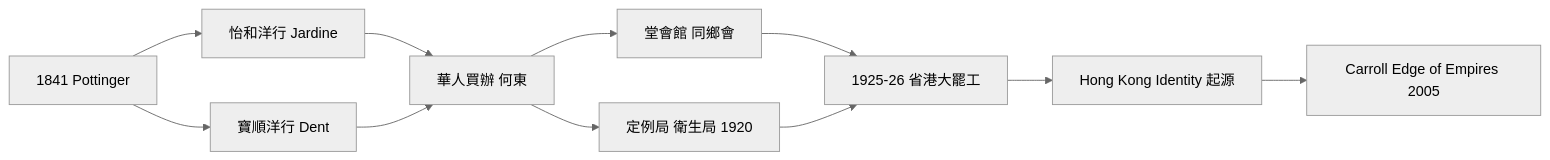
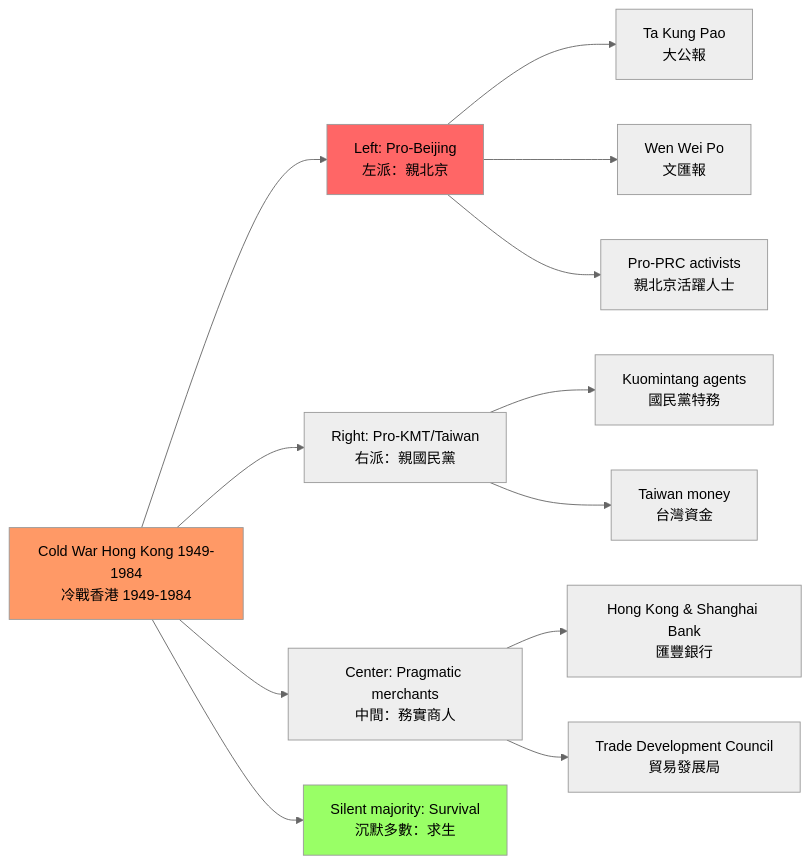
Before and after one commit to yip-lgtm/HKU-Harvard-History-Self-Study: the second of 5 diagrams in 01_HKU_Courses/HIST1017_Modern_Hong_Kong.md, drawn with Mermaid (neutral theme). The commit also changed other lines of this file and 25 other files, not shown here.

````diff
--- a/01_HKU_Courses/HIST1017_Modern_Hong_Kong.md
+++ b/01_HKU_Courses/HIST1017_Modern_Hong_Kong.md
@@ -237,13 +108,21 @@
 ```mermaid
 graph LR
-    A[1841 Pottinger] --> B[怡和洋行 Jardine]
-    A --> C[寶順洋行 Dent]
-    B --> D[華人買辦 何東]
-    C --> D
-    D --> E[堂會館 同鄉會]
-    D --> F[定例局 衛生局 1920]
-    E --> G[1925-26 省港大罷工]
-    F --> G
-    G --> H[Hong Kong Identity 起源]
-    H --> I[Carroll Edge of Empires 2005]
+    A[Cold War Hong Kong 1949-1984<br/>冷戰香港 1949-1984] --> B[Left: Pro-Beijing<br/>左派：親北京]
+    A --> C[Right: Pro-KMT/Taiwan<br/>右派：親國民黨]
+    A --> D[Center: Pragmatic merchants<br/>中間：務實商人]
+    A --> E[Silent majority: Survival<br/>沉默多數：求生]
+    
+    B --> B1[Ta Kung Pao<br/>大公報]
+    B --> B2[Wen Wei Po<br/>文匯報]
+    B --> B3[Pro-PRC activists<br/>親北京活躍人士]
+    
+    C --> C1[Kuomintang agents<br/>國民黨特務]
+    C --> C2[Taiwan money<br/>台灣資金]
+    
+    D --> D1[Hong Kong & Shanghai Bank<br/>匯豐銀行]
+    D --> D2[Trade Development Council<br/>貿易發展局]
+    
+    style A fill:#f96
+    style E fill:#9f6
+    style B fill:#f66
 ```
````
